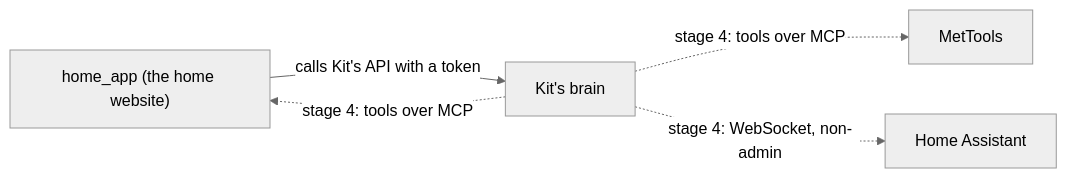
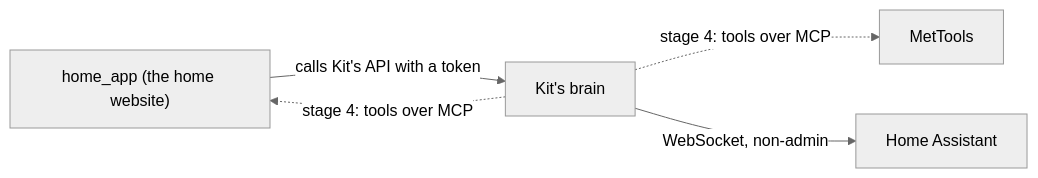
The diagram in docs/2 How Kit Works/Other Apps.md (Senitage/Kit), drawn with Mermaid (neutral theme) before and after one commit. The commit also changed other lines of this file and 38 other files, not shown here.

First line of the commit message:
Stage 4 part D1: the house through Home Assistant

````diff
--- a/docs/2 How Kit Works/Other Apps.md
+++ b/docs/2 How Kit Works/Other Apps.md
@@ -15,7 +15,7 @@
 ```mermaid
 flowchart LR
     Home["home_app (the home website)"] -- "calls Kit's API with a token" --> Kit["Kit's brain"]
     Kit -. "stage 4: tools over MCP" .-> Home
     Kit -. "stage 4: tools over MCP" .-> Met["MetTools"]
-    Kit -. "stage 4: WebSocket, non-admin" .-> HA["Home Assistant"]
+    Kit -- "WebSocket, non-admin" --> HA["Home Assistant"]
 ```
````
